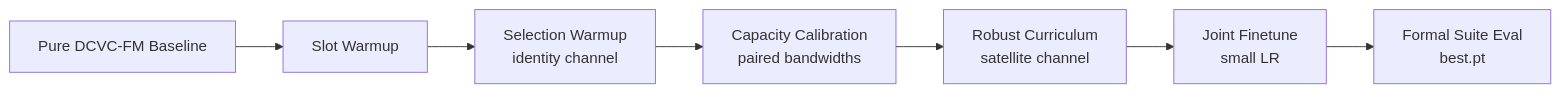
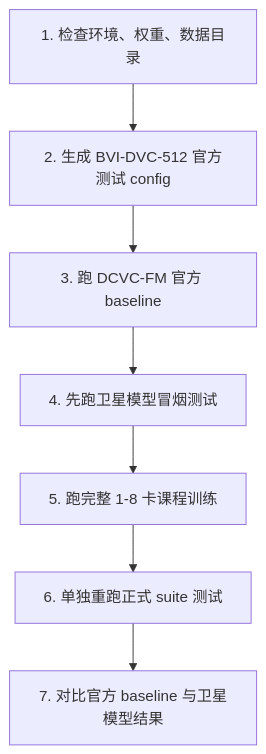
One commit to BlackQz/DCVC changed the diagram in DCVC-family/DCVC-FM/docs/dcvcfm_satellite_training_plan.md. Above: the diagram before and after it, drawn with Mermaid. The commit also changed other lines of this file and 8 other files, not shown here.

````diff
--- a/DCVC-family/DCVC-FM/docs/dcvcfm_satellite_training_plan.md
+++ b/DCVC-family/DCVC-FM/docs/dcvcfm_satellite_training_plan.md
@@ -22,9 +42,9 @@
 ```mermaid
-flowchart LR
-    A["Pure DCVC-FM Baseline"] --> B["Slot Warmup"]
-    B --> C["Selection Warmup<br/>identity channel"]
-    C --> D["Capacity Calibration<br/>paired bandwidths"]
-    D --> E["Robust Curriculum<br/>satellite channel"]
-    E --> F["Joint Finetune<br/>small LR"]
-    F --> G["Formal Suite Eval<br/>best.pt"]
+flowchart TD
+    A["1. 检查环境、权重、数据目录"] --> B["2. 生成 BVI-DVC-512 官方测试 config"]
+    B --> C["3. 跑 DCVC-FM 官方 baseline"]
+    C --> D["4. 先跑卫星模型冒烟测试"]
+    D --> E["5. 跑完整 1-8 卡课程训练"]
+    E --> F["6. 单独重跑正式 suite 测试"]
+    F --> G["7. 对比官方 baseline 与卫星模型结果"]
 ```
````
